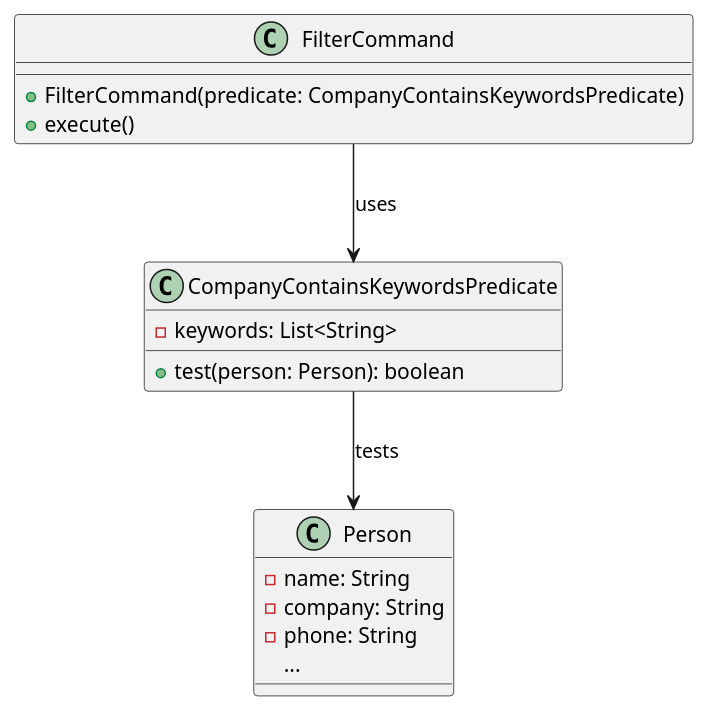
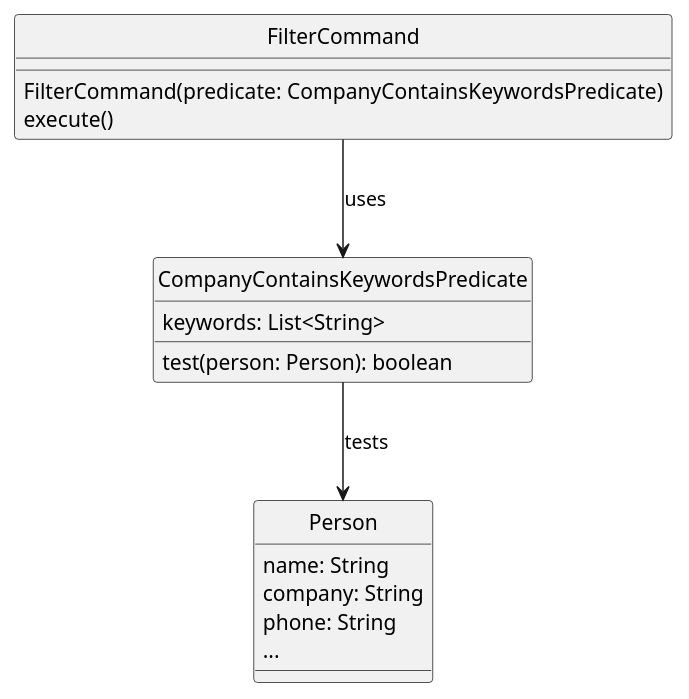
Before and after one commit to zihung20/tp: the diagram in diagrams/FilterCommand.puml, drawn with PlantUML. The commit also changed 25 other files, not shown here.

```diff
--- a/diagrams/FilterCommand.puml
+++ b/diagrams/FilterCommand.puml
@@ -1,22 +1,23 @@
 @startuml
+hide circle
 class FilterCommand {
-    +FilterCommand(predicate: CompanyContainsKeywordsPredicate)
-    +execute()
+    FilterCommand(predicate: CompanyContainsKeywordsPredicate)
+    execute()
 }
 
 class CompanyContainsKeywordsPredicate {
-    -keywords: List<String>
-    +test(person: Person): boolean
+    keywords: List<String>
+    test(person: Person): boolean
 }
 
 class Person {
-    -name: String
-    -company: String
-    -phone: String
+    name: String
+    company: String
+    phone: String
     ...
 }
 
 FilterCommand --> CompanyContainsKeywordsPredicate : uses
 CompanyContainsKeywordsPredicate --> Person : tests
 
 @enduml
```
